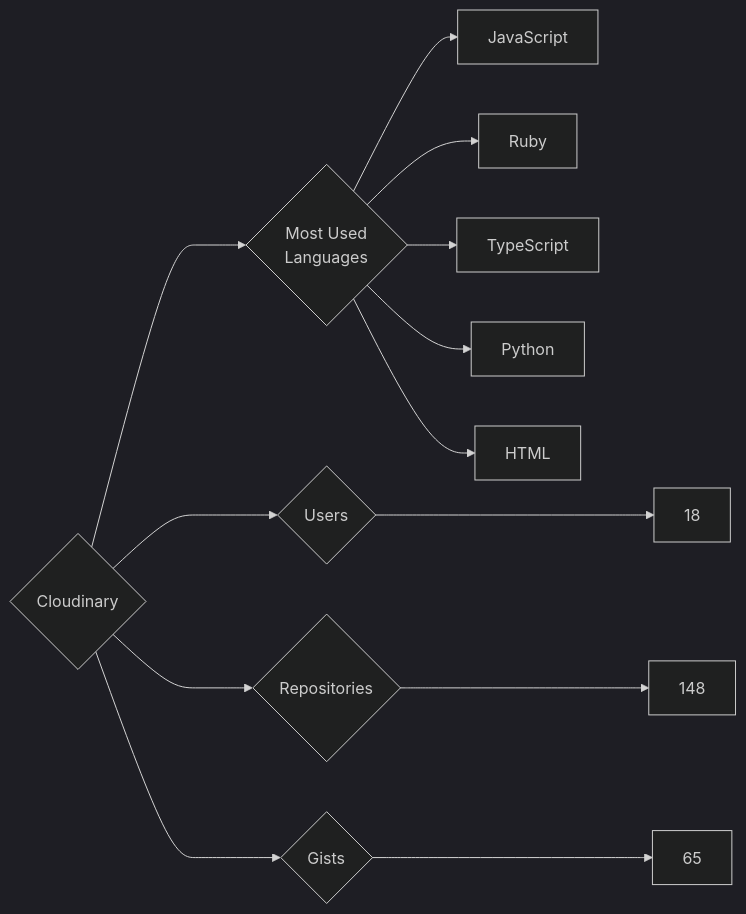
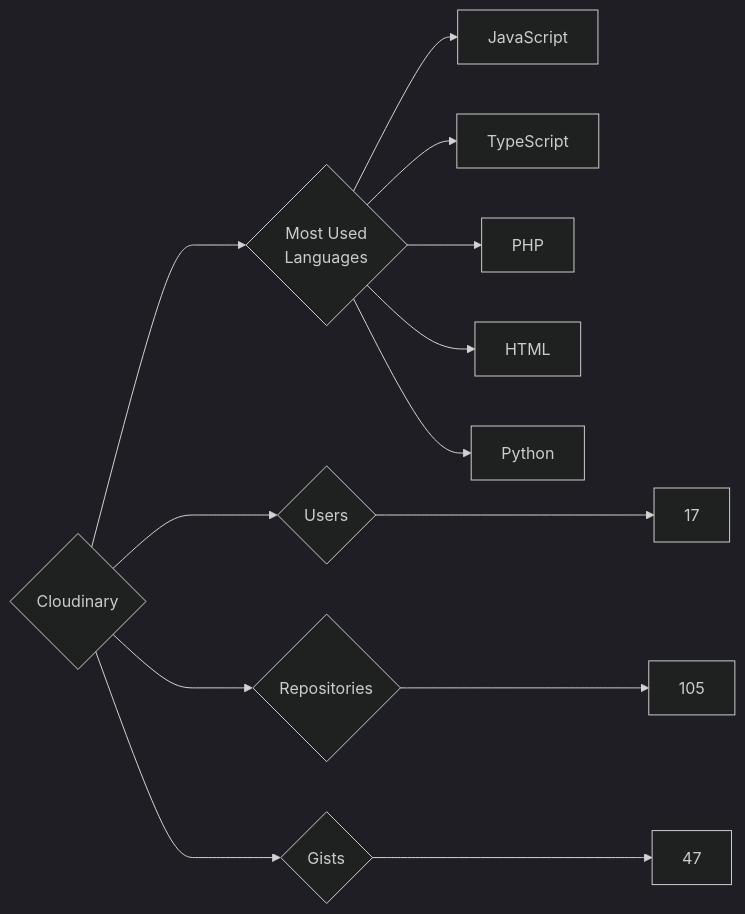
Before and after one commit to trickest/insiders: the diagram in targets/Cloudinary/README.md, drawn with Mermaid (dark theme). The commit also changed 736 other files, not shown here.

````diff
--- a/targets/Cloudinary/README.md
+++ b/targets/Cloudinary/README.md
@@ -3,13 +3,13 @@
 ```mermaid
 graph LR
 COMPANY_NAME{Cloudinary}
-COMPANY_NAME ---> U{Users} ---> UN[18]
-COMPANY_NAME ---> R{Repositories} ---> RN[148]
-COMPANY_NAME ---> G{Gists} ---> GN[65]
+COMPANY_NAME ---> U{Users} ---> UN[17]
+COMPANY_NAME ---> R{Repositories} ---> RN[105]
+COMPANY_NAME ---> G{Gists} ---> GN[47]
 COMPANY_NAME ---> ML{Most Used<br>Languages}
 ML --> JavaScript[JavaScript]
-ML --> Ruby[Ruby]
 ML --> TypeScript[TypeScript]
+ML --> PHP[PHP]
+ML --> HTML[HTML]
 ML --> Python[Python]
-ML --> HTML[HTML]
 ```
````
